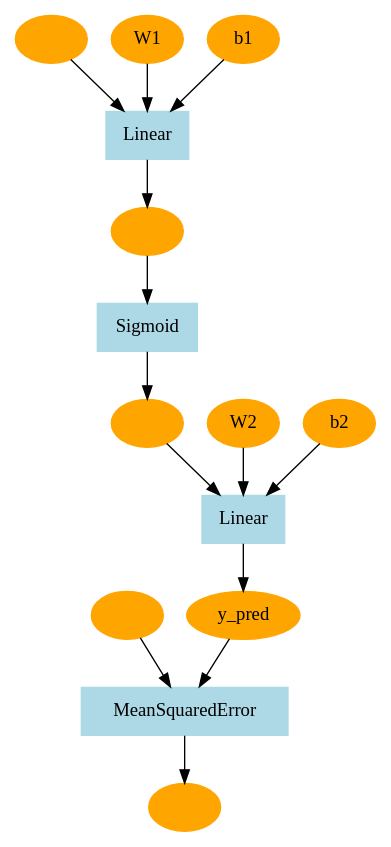
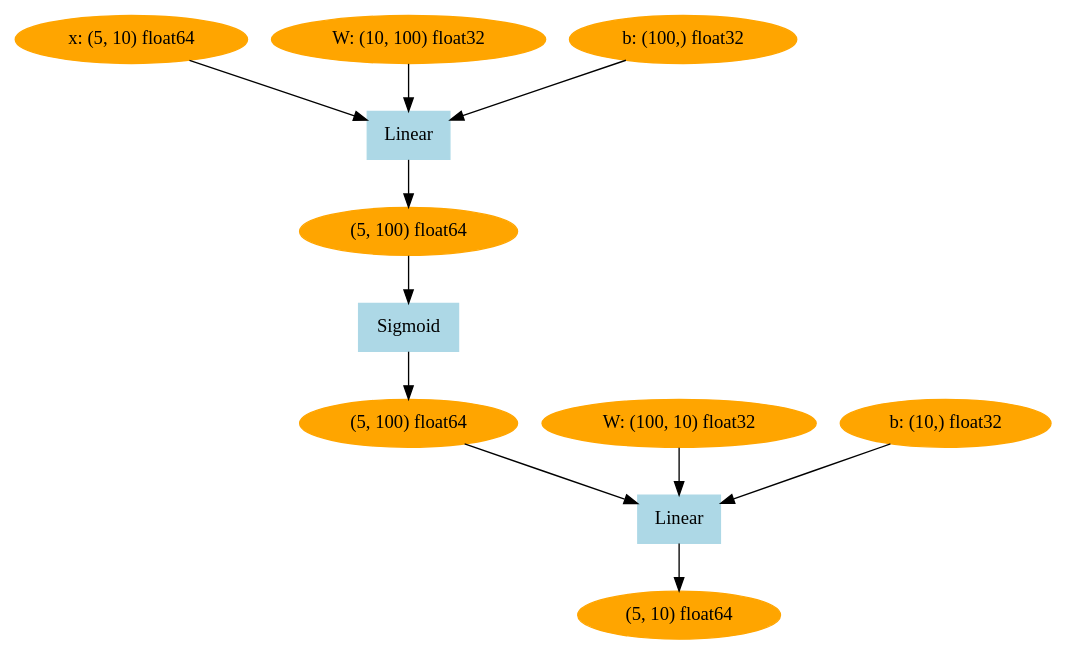
Before and after one commit to A-sy-coding/deep-learning_3: the diagram in steps/.dezero/tmp_graph.dot, drawn with Graphviz. The commit also changed 8 other files, not shown here.

```diff
--- a/steps/.dezero/tmp_graph.dot
+++ b/steps/.dezero/tmp_graph.dot
@@ -1,29 +1,23 @@
 digraph g {
-2777805027976 [label="" , color=orange, style=filled]
-2777805036552 [label=MeanSquaredError, color=lightblue, style=filled, shape=box]
-2777805027144 -> 2777805036552
-2777805034824 -> 2777805036552
-2777805036552 -> 2777805027976
-2777805027144 [label="" , color=orange, style=filled]
-2777805034824 [label="y_pred" , color=orange, style=filled]
-2777805022024 [label=Linear, color=lightblue, style=filled, shape=box]
-2777805023944 -> 2777805022024
-2777714251336 -> 2777805022024
-2777804941320 -> 2777805022024
-2777805022024 -> 2777805034824
-2777805023944 [label="" , color=orange, style=filled]
-2777714251336 [label="W2" , color=orange, style=filled]
-2777804941320 [label="b2" , color=orange, style=filled]
-2777775367816 [label=Sigmoid, color=lightblue, style=filled, shape=box]
-2777804967624 -> 2777775367816
-2777775367816 -> 2777805023944
-2777804967624 [label="" , color=orange, style=filled]
-2777769345224 [label=Linear, color=lightblue, style=filled, shape=box]
-2777775367432 -> 2777769345224
-2777714251272 -> 2777769345224
-2777770081352 -> 2777769345224
-2777769345224 -> 2777804967624
-2777775367432 [label="" , color=orange, style=filled]
-2777714251272 [label="W1" , color=orange, style=filled]
-2777770081352 [label="b1" , color=orange, style=filled]
+2491492249032 [label="(5, 10) float64" , color=orange, style=filled]
+2491492248968 [label=Linear, color=lightblue, style=filled, shape=box]
+2491492248904 -> 2491492248968
+2491492148680 -> 2491492248968
+2491492248712 -> 2491492248968
+2491492248968 -> 2491492249032
+2491492248904 [label="(5, 100) float64" , color=orange, style=filled]
+2491492148680 [label="W: (100, 10) float32" , color=orange, style=filled]
+2491492248712 [label="b: (10,) float32" , color=orange, style=filled]
+2491492248648 [label=Sigmoid, color=lightblue, style=filled, shape=box]
+2491490725128 -> 2491492248648
+2491492248648 -> 2491492248904
+2491490725128 [label="(5, 100) float64" , color=orange, style=filled]
+2491492248776 [label=Linear, color=lightblue, style=filled, shape=box]
+2491453459464 -> 2491492248776
+2491453459848 -> 2491492248776
+2491492148104 -> 2491492248776
+2491492248776 -> 2491490725128
+2491453459464 [label="x: (5, 10) float64" , color=orange, style=filled]
+2491453459848 [label="W: (10, 100) float32" , color=orange, style=filled]
+2491492148104 [label="b: (100,) float32" , color=orange, style=filled]
 }
```
